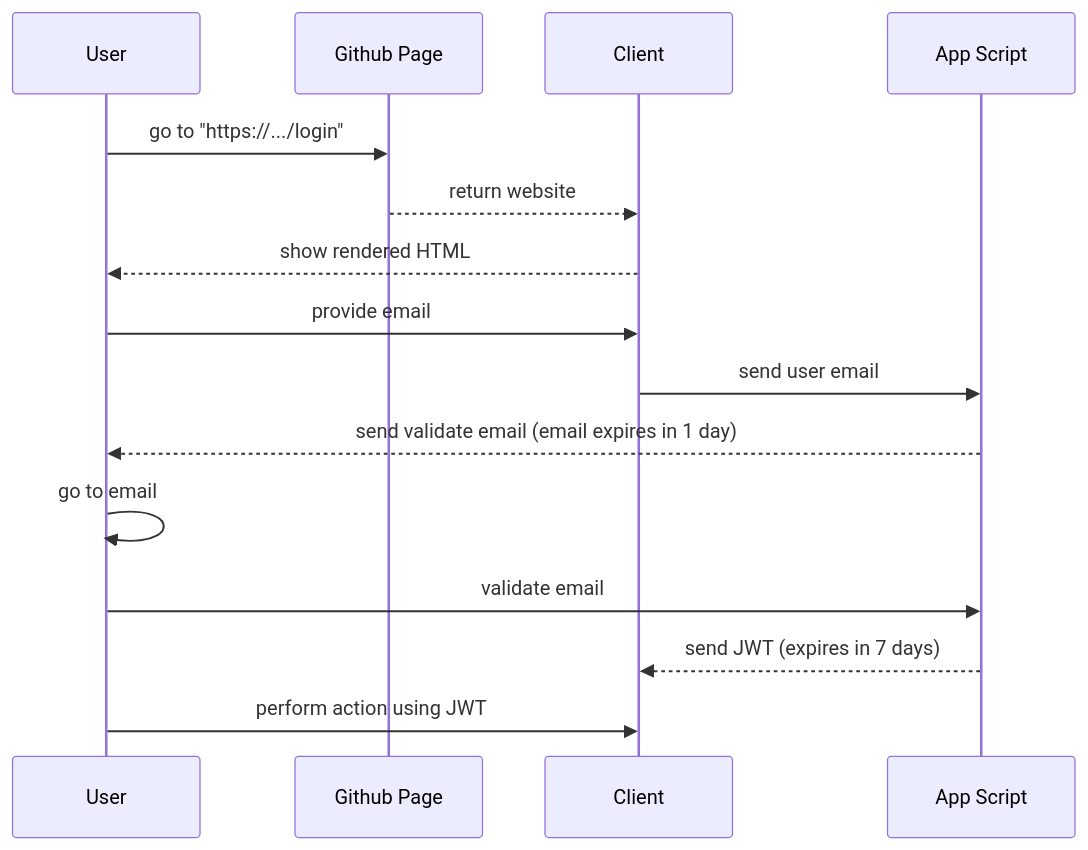
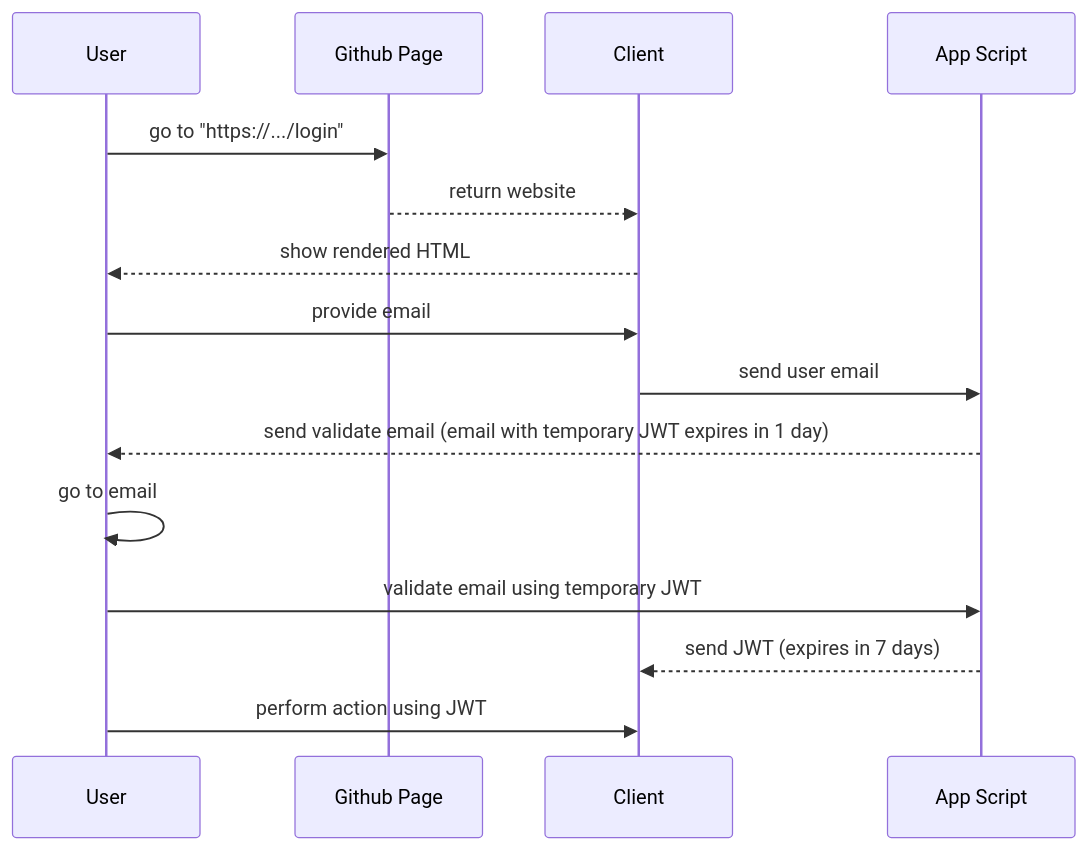
One commit to daovietanh190499/Shopsmon changed the ninth of 9 diagrams in README.md. Above: the diagram before and after it, drawn with Mermaid.

````diff
--- a/README.md
+++ b/README.md
@@ -197,13 +197,13 @@
 ```mermaid
 sequenceDiagram
 User ->> Github Page: go to "https://.../login"
 Github Page -->> Client: return website
 Client -->> User: show rendered HTML
 User ->> Client: provide email
 Client ->> App Script: send user email
-App Script -->> User: send validate email (email expires in 1 day)
+App Script -->> User: send validate email (email with temporary JWT expires in 1 day)
 User ->> User: go to email
-User ->> App Script: validate email
+User ->> App Script: validate email using temporary JWT
 App Script-->>Client: send JWT (expires in 7 days)
 User ->> Client: perform action using JWT
 ```
````
